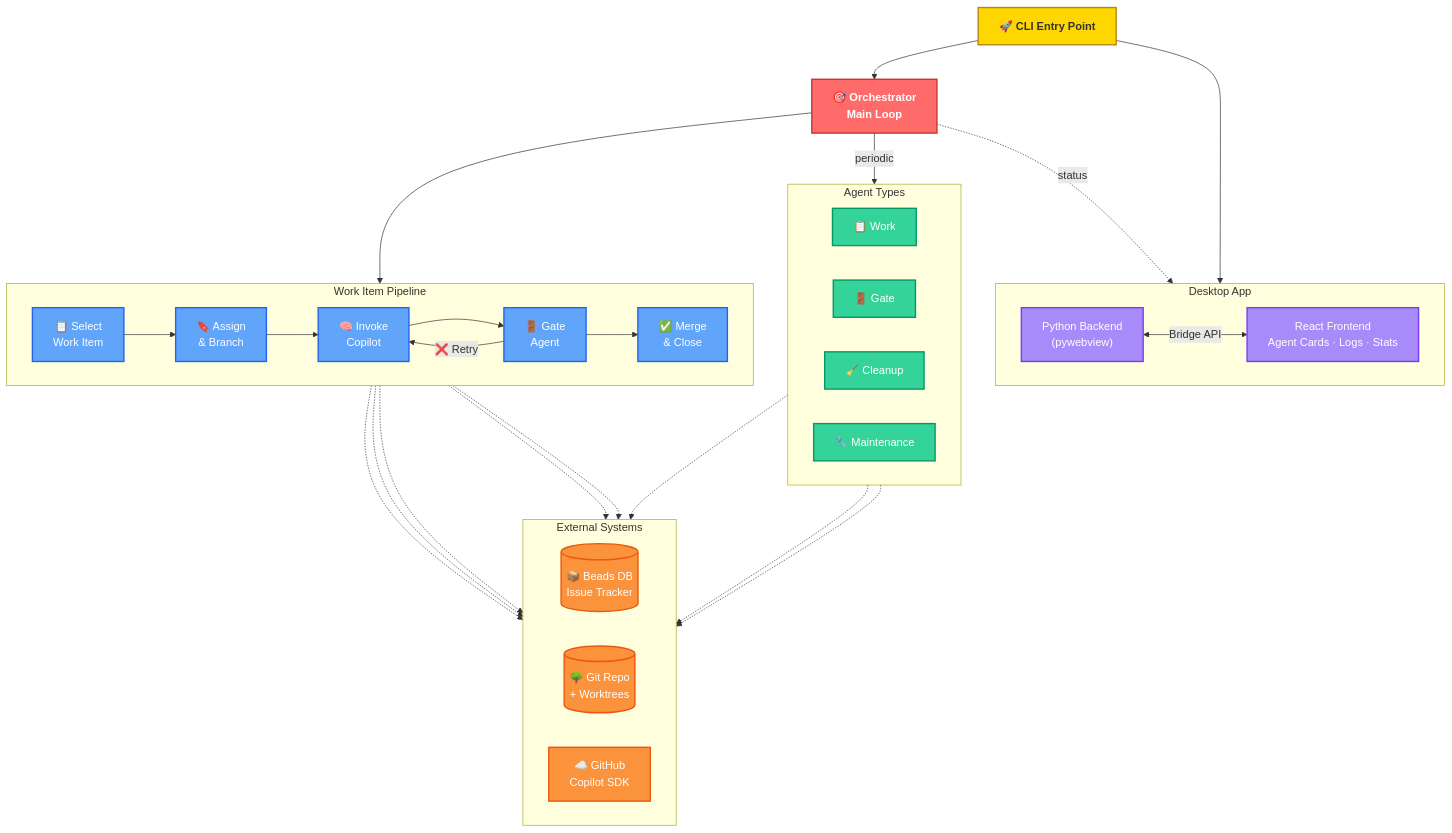
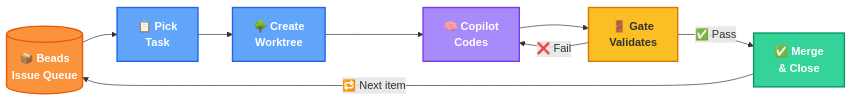
One commit to AmeliaRose802/PokePoke changed the diagram in pokepoke.md. Above: the diagram before and after it, drawn with Mermaid. The commit also changed other lines of this file, not shown here.

Commit message:
chore: auto-commit for pre-flight health check

````diff
--- a/pokepoke.md
+++ b/pokepoke.md
@@ -5,58 +3,20 @@
 ```mermaid
-graph TB
-    CLI["🚀 CLI Entry Point"]:::entry
+graph LR
+    Beads[("📦 Beads<br/>Issue Queue")]:::ext
+    Select["📋 Pick<br/>Task"]:::step
+    Branch["🌳 Create<br/>Worktree"]:::step
+    Code["🧠 Copilot<br/>Codes"]:::ai
+    Gate["🚪 Gate<br/>Validates"]:::gate
+    Merge["✅ Merge<br/>& Close"]:::done
 
-    subgraph Desktop["Desktop App"]
-        direction LR
-        PyWebView["Python Backend<br/>(pywebview)"]:::ui
-        React["React Frontend<br/>Agent Cards · Logs · Stats"]:::ui
-        PyWebView <-->|"Bridge API"| React
-    end
+    Beads --> Select --> Branch --> Code --> Gate
+    Gate -->|"✅ Pass"| Merge
+    Gate -->|"❌ Fail"| Code
+    Merge -->|"🔁 Next item"| Beads
 
-    Orch["🎯 Orchestrator<br/>Main Loop"]:::core
-
-    subgraph WorkPipeline["Work Item Pipeline"]
-        direction LR
-        Select["📋 Select<br/>Work Item"]:::step
-        Assign["🔖 Assign<br/>& Branch"]:::step
-        Invoke["🧠 Invoke<br/>Copilot"]:::step
-        Validate["🚪 Gate<br/>Agent"]:::step
-        Merge["✅ Merge<br/>& Close"]:::step
-        Select --> Assign --> Invoke --> Validate --> Merge
-        Validate -->|"❌ Retry"| Invoke
-    end
-
-    subgraph Agents["Agent Types"]
-        direction LR
-        Work["📋 Work"]:::agent
-        Gate["🚪 Gate"]:::agent
-        Cleanup["🧹 Cleanup"]:::agent
-        Maint["🔧 Maintenance"]:::agent
-    end
-
-    subgraph External["External Systems"]
-        direction LR
-        BeadsDB[("📦 Beads DB<br/>Issue Tracker")]:::ext
-        Git[("🌳 Git Repo<br/>+ Worktrees")]:::ext
-        Copilot["☁️ GitHub<br/>Copilot SDK"]:::ext
-    end
-
-    CLI --> Desktop
-    CLI --> Orch
-    Orch --> WorkPipeline
-    Orch -->|"periodic"| Maint
-    Work & Gate & Cleanup -.-> Copilot
-    Select -.-> BeadsDB
-    Assign -.-> BeadsDB
-    Assign -.-> Git
-    Merge -.-> Git
-    Merge -.-> BeadsDB
-    Orch -.->|"status"| Desktop
-
-    classDef entry fill:#FFD700,stroke:#B8860B,stroke-width:2px,color:#333,font-weight:bold
-    classDef core fill:#FF6B6B,stroke:#C0392B,stroke-width:2px,color:#fff,font-weight:bold
-    classDef ui fill:#A78BFA,stroke:#7C3AED,stroke-width:2px,color:#fff
-    classDef step fill:#60A5FA,stroke:#2563EB,stroke-width:2px,color:#fff
-    classDef agent fill:#34D399,stroke:#059669,stroke-width:2px,color:#fff
-    classDef ext fill:#FB923C,stroke:#EA580C,stroke-width:2px,color:#fff
+    classDef ext fill:#FB923C,stroke:#EA580C,stroke-width:2px,color:#fff,font-weight:bold
+    classDef step fill:#60A5FA,stroke:#2563EB,stroke-width:2px,color:#fff,font-weight:bold
+    classDef ai fill:#A78BFA,stroke:#7C3AED,stroke-width:2px,color:#fff,font-weight:bold
+    classDef gate fill:#FBBF24,stroke:#D97706,stroke-width:2px,color:#333,font-weight:bold
+    classDef done fill:#34D399,stroke:#059669,stroke-width:2px,color:#fff,font-weight:bold
 ```
````
